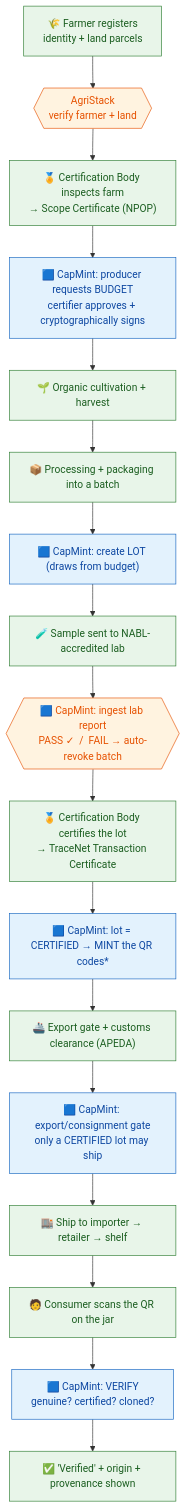
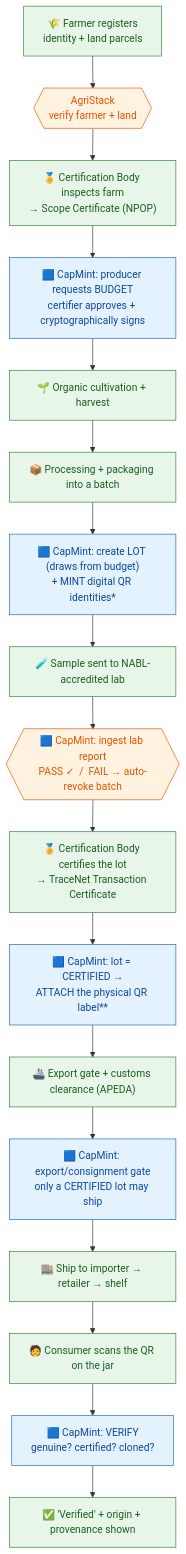
The second of 2 diagrams in docs/ORGANIC_PIPELINE.md (Nandu1729/CapMint), drawn with Mermaid before and after one commit. The commit also changed other lines of this file and 1 other file, not shown here.

Commit message:
docs(adr): settle mint-before / attach-after-certification decision

````diff
--- a/docs/ORGANIC_PIPELINE.md
+++ b/docs/ORGANIC_PIPELINE.md
@@ -43,23 +43,23 @@
 ```mermaid
 flowchart TD
     classDef world fill:#e8f5e9,stroke:#2e7d32,color:#1b5e20
     classDef capmint fill:#e3f2fd,stroke:#1565c0,color:#0d47a1
     classDef gov fill:#fff3e0,stroke:#e65100,color:#e65100
 
     A["🌾 Farmer registers<br/>identity + land parcels"]:::world --> A2{{"AgriStack<br/>verify farmer + land"}}:::gov
     A2 --> B["🏅 Certification Body inspects farm<br/>→ Scope Certificate (NPOP)"]:::world
     B --> C1["🟦 CapMint: producer requests BUDGET<br/>certifier approves + cryptographically signs"]:::capmint
     C1 --> C["🌱 Organic cultivation + harvest"]:::world
     C --> D["📦 Processing + packaging into a batch"]:::world
-    D --> D1["🟦 CapMint: create LOT (draws from budget)"]:::capmint
+    D --> D1["🟦 CapMint: create LOT (draws from budget)<br/>+ MINT digital QR identities*"]:::capmint
     D1 --> E["🧪 Sample sent to NABL-accredited lab"]:::world
     E --> E1{{"🟦 CapMint: ingest lab report<br/>PASS ✓  /  FAIL → auto-revoke batch"}}:::gov
     E1 --> F["🏅 Certification Body certifies the lot<br/>→ TraceNet Transaction Certificate"]:::world
-    F --> F1["🟦 CapMint: lot = CERTIFIED → MINT the QR codes*"]:::capmint
+    F --> F1["🟦 CapMint: lot = CERTIFIED →<br/>ATTACH the physical QR label**"]:::capmint
     F1 --> G["🚢 Export gate + customs clearance (APEDA)"]:::world
     G --> G1["🟦 CapMint: export/consignment gate<br/>only a CERTIFIED lot may ship"]:::capmint
     G1 --> H["🏬 Ship to importer → retailer → shelf"]:::world
     H --> I["🧑 Consumer scans the QR on the jar"]:::world
     I --> I1["🟦 CapMint: VERIFY<br/>genuine? certified? cloned?"]:::capmint
     I1 --> J["✅ 'Verified' + origin + provenance shown"]:::world
 ```
````
